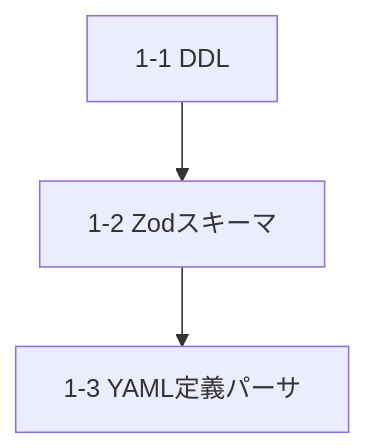
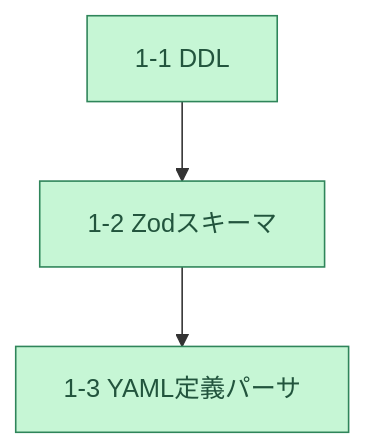
The third of 7 diagrams in tasks.md (m-uesaka/regional-quiz-entry-form), drawn with Mermaid before and after one commit. The commit also changed other lines of this file, not shown here.

````diff
--- a/tasks.md
+++ b/tasks.md
@@ -98,5 +105,7 @@
 ```mermaid
 graph TD
-  T11["1-1 DDL"] --> T12["1-2 Zodスキーマ"]
-  T12 --> T13["1-3 YAML定義パーサ"]
+  T11["1-1 DDL"]:::done --> T12["1-2 Zodスキーマ"]:::done
+  T12 --> T13["1-3 YAML定義パーサ"]:::done
+
+  classDef done fill:#c6f6d5,stroke:#2f855a,color:#22543d;
 ```
````
